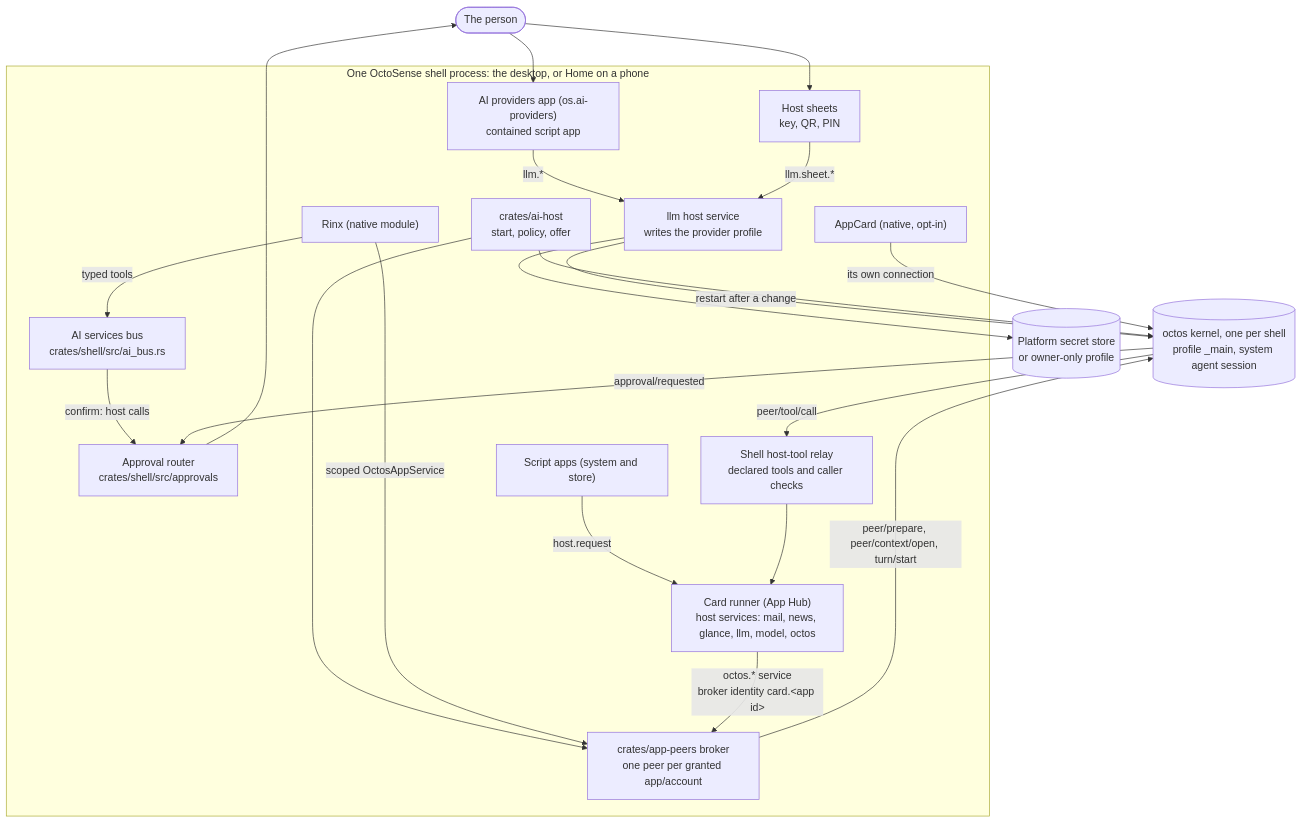
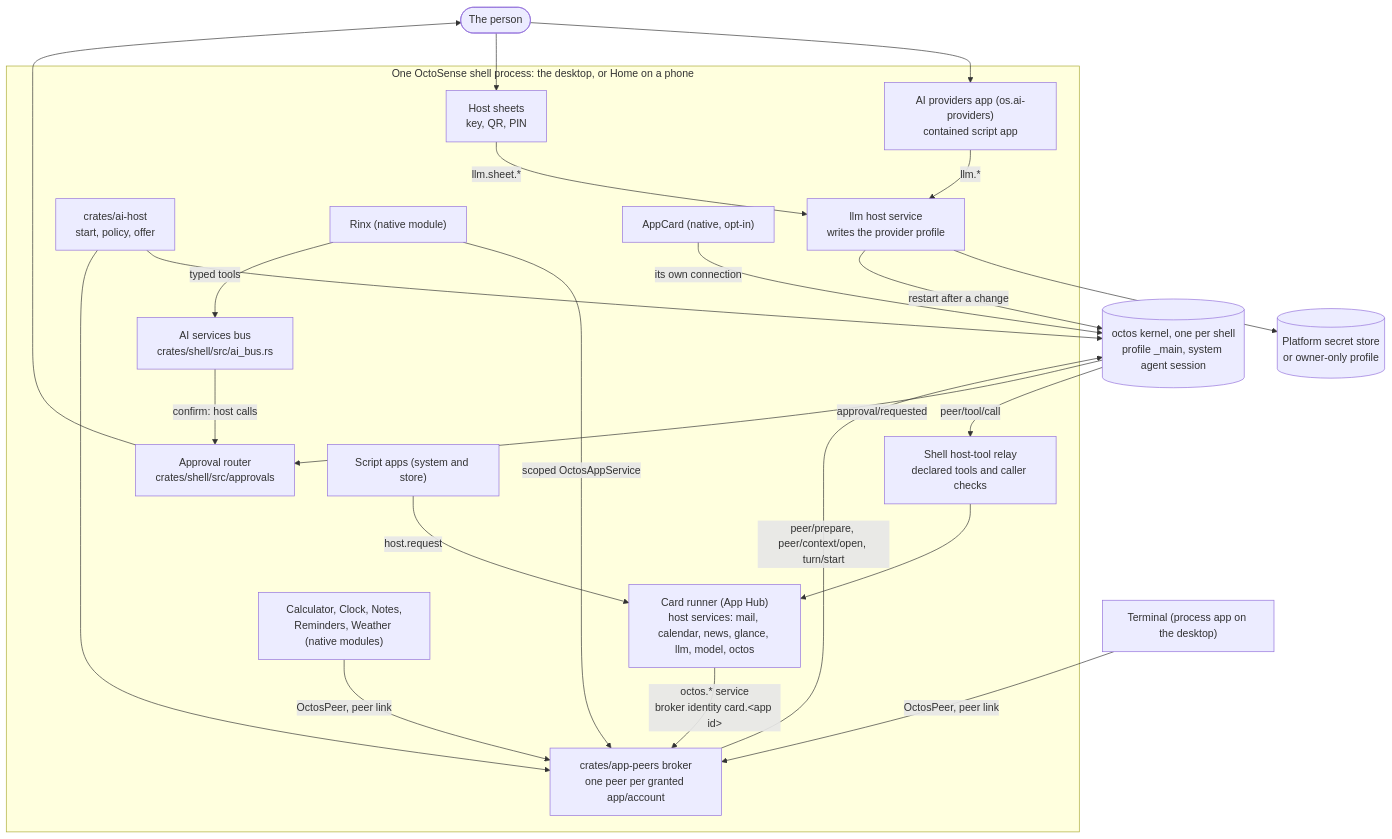
The diagram in docs/ai-services.md (OctoSense-org/OctoSense), drawn with Mermaid before and after one commit. The commit also changed other lines of this file and 24 other files, not shown here.

````diff
--- a/docs/ai-services.md
+++ b/docs/ai-services.md
@@ -44,39 +42,43 @@
 ```mermaid
 flowchart TB
   person(["The person"])
   subgraph shell["One OctoSense shell process: the desktop, or Home on a phone"]
     providers["AI providers app (os.ai-providers)<br/>contained script app"]
     sheet["Host sheets<br/>key, QR, PIN"]
     llm["llm host service<br/>writes the provider profile"]
     aihost["crates/ai-host<br/>start, policy, offer"]
     broker["crates/app-peers broker<br/>one peer per granted app/account"]
-    runner["Card runner (App Hub)<br/>host services: mail, news, glance, llm, model, octos"]
+    runner["Card runner (App Hub)<br/>host services: mail, calendar, news, glance, llm, model, octos"]
     router["Approval router<br/>crates/shell/src/approvals"]
     relay["Shell host-tool relay<br/>declared tools and caller checks"]
     bus["AI services bus<br/>crates/shell/src/ai_bus.rs"]
     rinx["Rinx (native module)"]
+    natives["Calculator, Clock, Notes,<br/>Reminders, Weather (native modules)"]
     appcard["AppCard (native, opt-in)"]
     scripts["Script apps (system and store)"]
   end
   vault[("Platform secret store<br/>or owner-only profile")]
   kernel[("octos kernel, one per shell<br/>profile _main, system agent session")]
+  term["Terminal (process app on the desktop)"]
   person --> providers
   person --> sheet
   providers -- "llm.*" --> llm
   sheet -- "llm.sheet.*" --> llm
   llm --> vault
   llm -- "restart after a change" --> kernel
   aihost --> kernel
   aihost --> broker
   broker -- "peer/prepare, peer/context/open, turn/start" --> kernel
   rinx -- "scoped OctosAppService" --> broker
+  natives -- "OctosPeer, peer link" --> broker
+  term -- "OctosPeer, peer link" --> broker
   appcard -- "its own connection" --> kernel
   scripts -- "host.request" --> runner
   runner -- "octos.* service<br/>broker identity card.&lt;app id&gt;" --> broker
   rinx -- "typed tools" --> bus
   bus -- "confirm: host calls" --> router
   kernel -- "peer/tool/call" --> relay
   relay --> runner
   kernel -- "approval/requested" --> router
   router --> person
 ```
````
